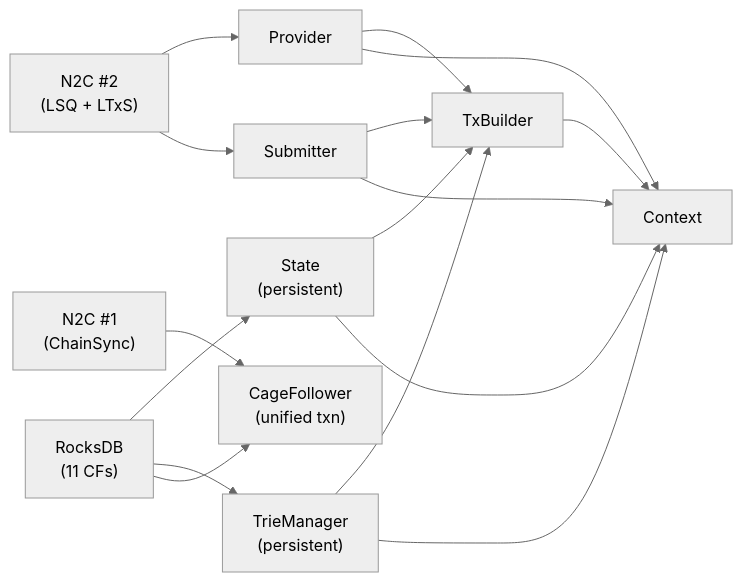
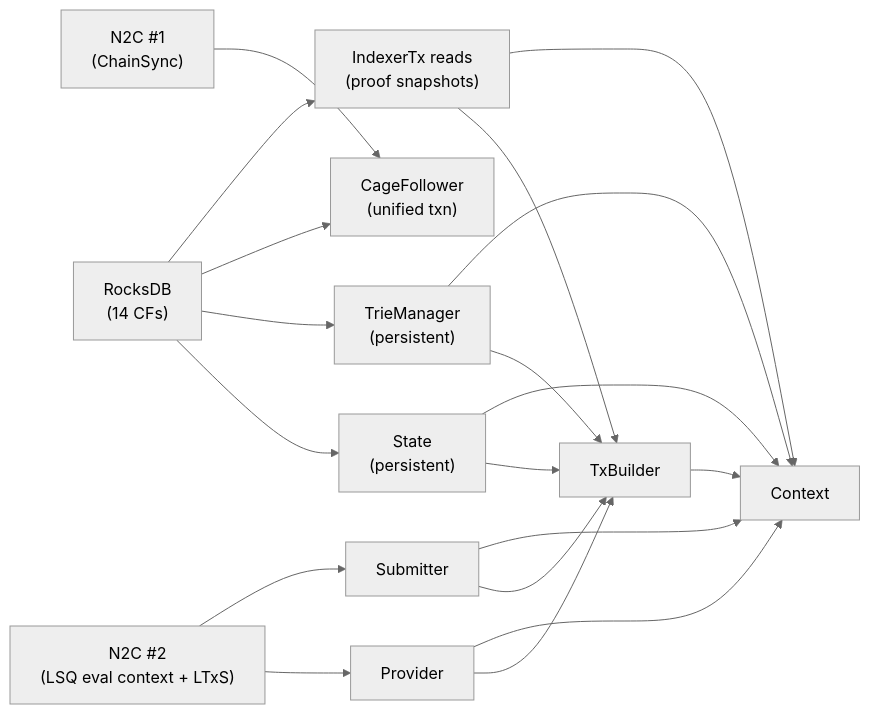
Before and after one commit to lambdasistemi/cardano-mpfs-offchain: the third of 5 diagrams in docs/architecture/overview.md, drawn with Mermaid (neutral theme). The commit also changed other lines of this file and 9 other files, not shown here.

````diff
--- a/docs/architecture/overview.md
+++ b/docs/architecture/overview.md
@@ -70,12 +89,13 @@
 ```mermaid
 graph LR
-    DB["RocksDB<br/>(11 CFs)"]
+    DB["RocksDB<br/>(14 CFs)"]
     DB --> ST["State<br/>(persistent)"]
     DB --> TM["TrieManager<br/>(persistent)"]
     DB --> CF["CageFollower<br/>(unified txn)"]
+    DB --> READS["IndexerTx reads<br/>(proof snapshots)"]
     N2C1["N2C #1<br/>(ChainSync)"] --> CF
-    N2C2["N2C #2<br/>(LSQ + LTxS)"] --> PRV["Provider"]
+    N2C2["N2C #2<br/>(LSQ eval context + LTxS)"] --> PRV["Provider"]
     N2C2 --> SUB["Submitter"]
-    PRV & SUB & ST & TM --> TXB["TxBuilder"]
-    PRV & SUB & ST & TM & TXB --> CTX["Context"]
+    PRV & SUB & ST & TM & READS --> TXB["TxBuilder"]
+    PRV & SUB & ST & TM & READS & TXB --> CTX["Context"]
 ```
````
